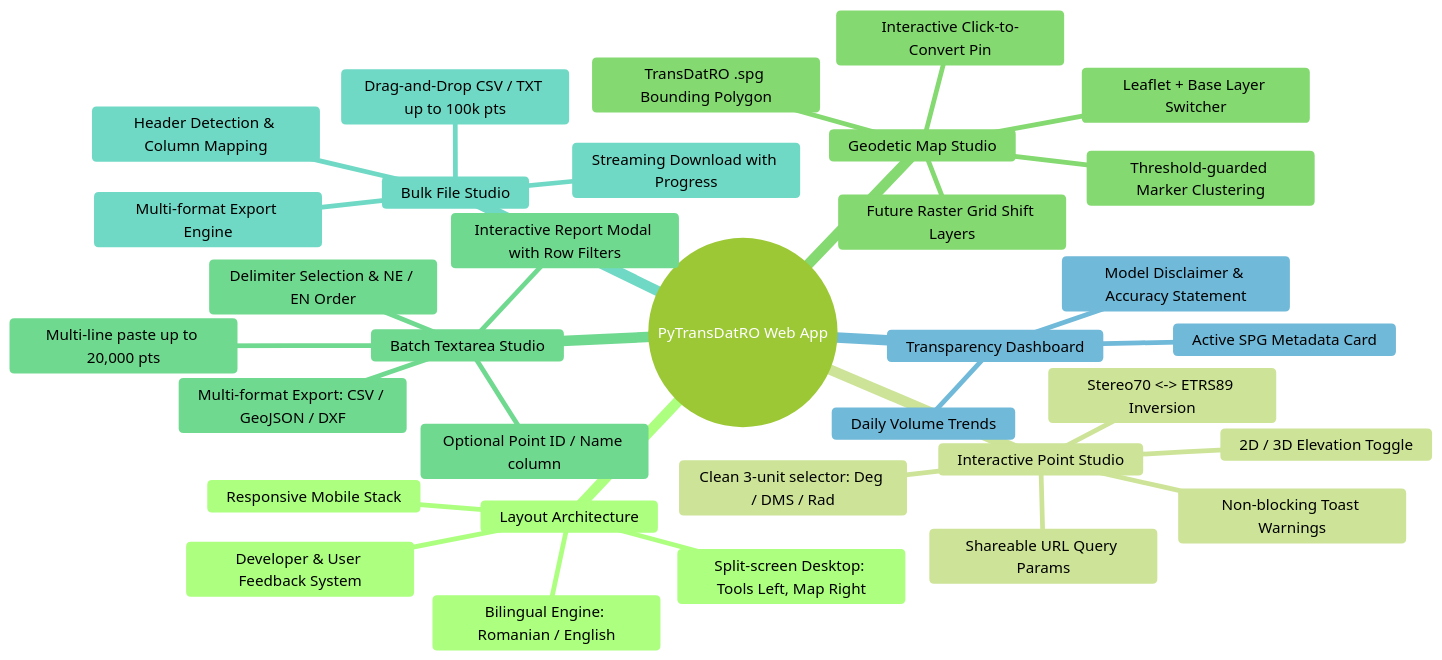
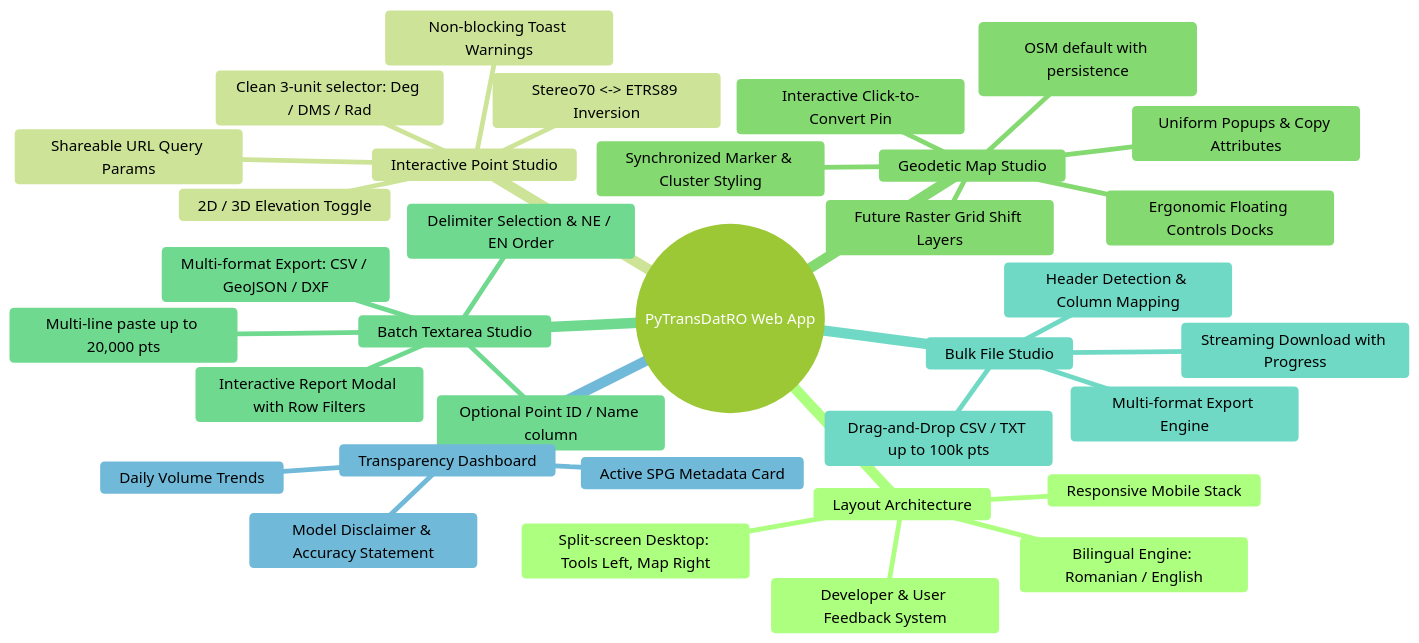
Before and after one commit to bogdanmorosanu/PyTransDatRO: the second of 3 diagrams in specs/web_app.md, drawn with Mermaid (forest theme). The commit also changed other lines of this file and 12 other files, not shown here.

````diff
--- a/specs/web_app.md
+++ b/specs/web_app.md
@@ -82,36 +82,37 @@
 ```mermaid
 mindmap
   root((PyTransDatRO Web App))
     Layout Architecture
       Split-screen Desktop: Tools Left, Map Right
       Responsive Mobile Stack
       Bilingual Engine: Romanian / English
       Developer & User Feedback System
     Interactive Point Studio
       Stereo70 <-> ETRS89 Inversion
       Clean 3-unit selector: Deg / DMS / Rad
       2D / 3D Elevation Toggle
       Shareable URL Query Params
       Non-blocking Toast Warnings
     Geodetic Map Studio
-      Leaflet + Base Layer Switcher
-      TransDatRO .spg Bounding Polygon
+      Leaflet + Base Layer Switcher (OSM default with persistence)
+      Ergonomic Floating Controls Docks
       Interactive Click-to-Convert Pin
-      Threshold-guarded Marker Clustering
+      Synchronized Marker & Cluster Styling
       Future Raster Grid Shift Layers
+      Uniform Popups & Copy Attributes
     Batch Textarea Studio
       Multi-line paste up to 20,000 pts
       Optional Point ID / Name column
       Delimiter Selection & NE / EN Order
       Multi-format Export: CSV / GeoJSON / DXF
       Interactive Report Modal with Row Filters
     Bulk File Studio
       Drag-and-Drop CSV / TXT up to 100k pts
       Header Detection & Column Mapping
       Streaming Download with Progress
       Multi-format Export Engine
     Transparency Dashboard
       Daily Volume Trends
       Active SPG Metadata Card
       Model Disclaimer & Accuracy Statement
 ```
````
